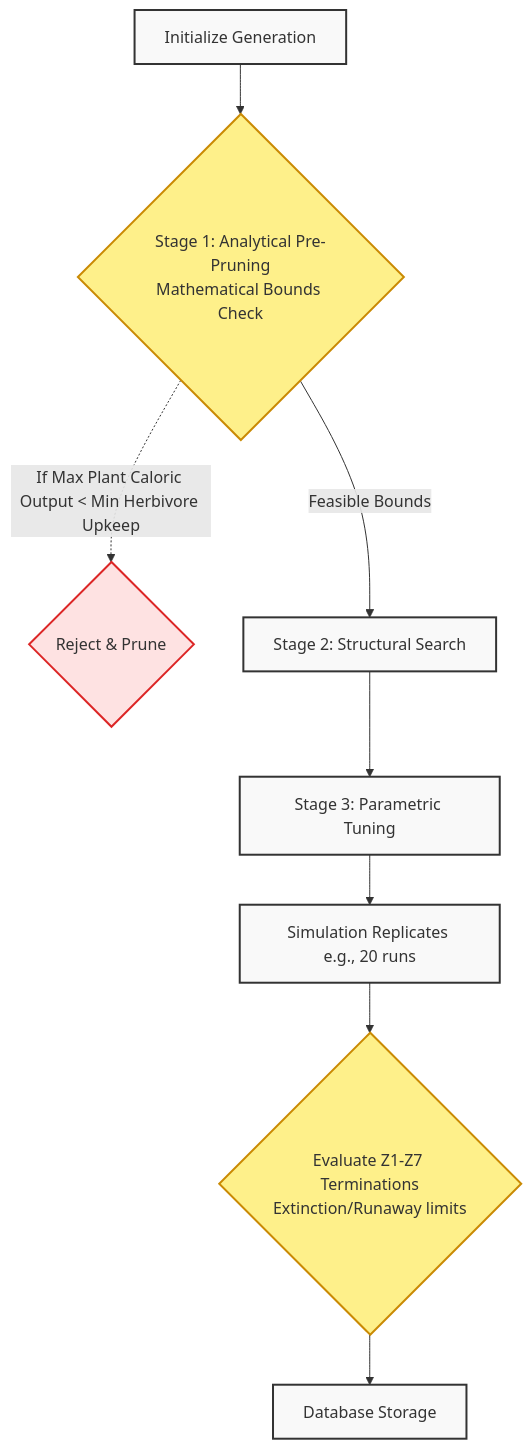
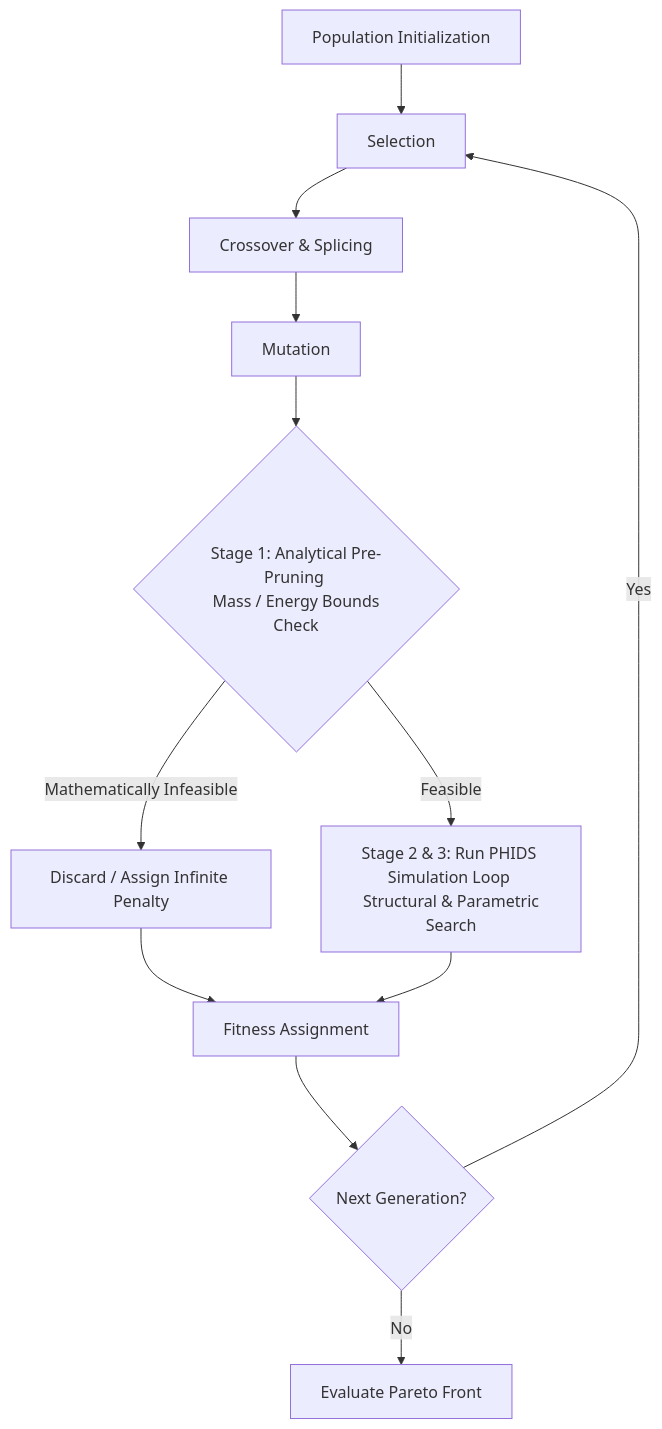
The third of 5 diagrams in docs/scenario_guide/design_space_exploration.md (foersben/PHIDS), drawn with Mermaid before and after one commit. The commit also changed other lines of this file, not shown here.

````diff
--- a/docs/scenario_guide/design_space_exploration.md
+++ b/docs/scenario_guide/design_space_exploration.md
@@ -57,17 +104,18 @@
 ```mermaid
 graph TD
-    A[Initialize Generation] --> B{Stage 1: Analytical Pre-Pruning<br/>Mathematical Bounds Check}
-    B -.->|If Max Plant Caloric Output < Min Herbivore Upkeep| C{Reject & Prune}
-    B -->|Feasible Bounds| D[Stage 2: Structural Search]
-    D --> E[Stage 3: Parametric Tuning]
-    E --> F[Simulation Replicates e.g., 20 runs]
-    F --> G{Evaluate Z1-Z7 Terminations<br/>Extinction/Runaway limits}
-    G --> H[Database Storage]
-
-    classDef default fill:#f9f9f9,stroke:#333,stroke-width:2px;
-    classDef decision fill:#fef08a,stroke:#ca8a04,stroke-width:2px;
-    classDef prune fill:#fee2e2,stroke:#dc2626,stroke-width:2px;
-
-    class B,G decision;
-    class C prune;
+    Init[Population Initialization] --> Sel[Selection]
+    Sel --> Cross[Crossover & Splicing]
+    Cross --> Mut[Mutation]
+    
+    Mut --> PrePrune{Stage 1: Analytical Pre-Pruning <br/> Mass / Energy Bounds Check}
+    
+    PrePrune -- Mathematically Infeasible --> Penalty[Discard / Assign Infinite Penalty]
+    Penalty --> Fit[Fitness Assignment]
+    
+    PrePrune -- Feasible --> Sim[Stage 2 & 3: Run PHIDS Simulation Loop <br/> Structural & Parametric Search]
+    Sim --> Fit
+    
+    Fit --> NextGen{Next Generation?}
+    NextGen -- Yes --> Sel
+    NextGen -- No --> End[Evaluate Pareto Front]
 ```
````
